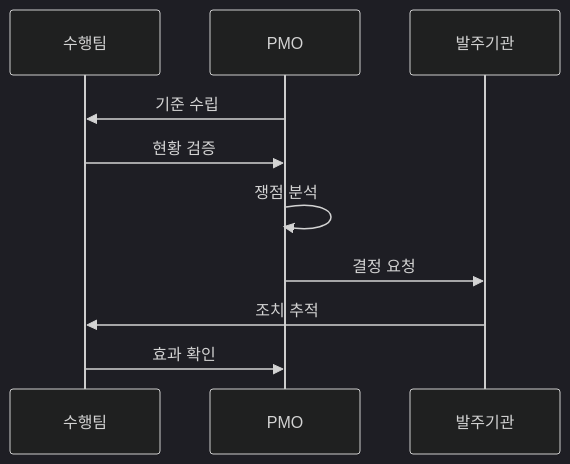
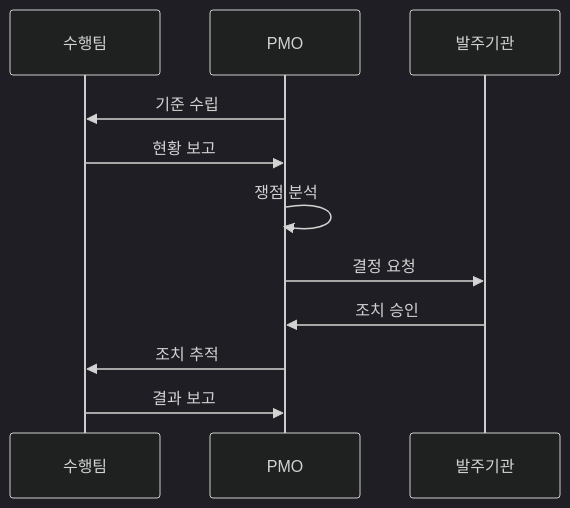
One commit to agnusdei1207/knowledge-base changed the second of 2 diagrams in src/content/docs/notes/07-law-policy/008_pmo_project_management_office.md. Above: the diagram before and after it, drawn with Mermaid (dark theme). The commit also changed other lines of this file and 7 other files, not shown here.

````diff
--- a/src/content/docs/notes/07-law-policy/008_pmo_project_management_office.md
+++ b/src/content/docs/notes/07-law-policy/008_pmo_project_management_office.md
@@ -64,12 +74,13 @@
 ```mermaid
 sequenceDiagram
     participant T as 수행팀
     participant P as PMO
     participant O as 발주기관
     P->>T: 기준 수립
-    T->>P: 현황 검증
+    T->>P: 현황 보고
     P->>P: 쟁점 분석
     P->>O: 결정 요청
-    O->>T: 조치 추적
-    T->>P: 효과 확인
+    O->>P: 조치 승인
+    P->>T: 조치 추적
+    T->>P: 결과 보고
 ```
````
